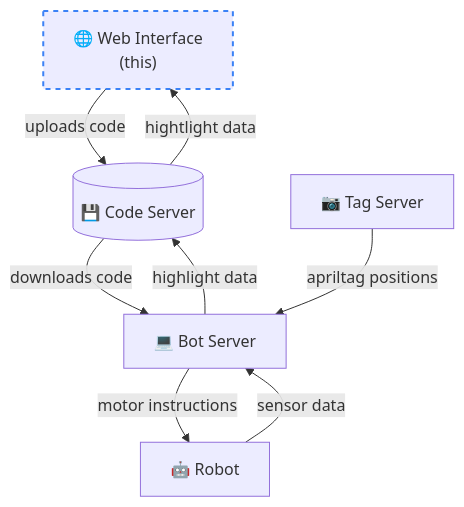
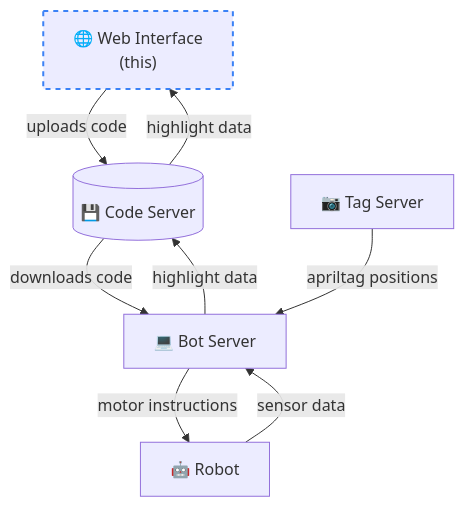
One commit to AutoSumo/web changed the diagram in README.md. Above: the diagram before and after it, drawn with Mermaid.

Commit message:
fix readme typo (hightlight -> highlight)

````diff
--- a/README.md
+++ b/README.md
@@ -10,17 +10,17 @@
 ```mermaid
 flowchart TD
     web["🌐 Web Interface\n(this)"] -->|uploads code| code-server[("💾 Code Server")]
-    code-server -->|hightlight data| web
+    code-server -->|highlight data| web
     code-server -->|downloads code| bot-server["💻 Bot Server"]
     bot-server -->|highlight data| code-server
     bot-server -->|motor instructions| robot["🤖 Robot"]
     robot -->|sensor data| bot-server
     tag-server["📷 Tag Server"] -->|apriltag positions| bot-server
     
     style web stroke-width:2px,stroke-dasharray: 5 5,stroke:#3b82f6
     
     click code-server "https://github.com/AutoSumo/code-server"
     click bot-server "https://github.com/AutoSumo/server"
     click robot "https://github.com/AutoSumo/robot"
     click tag-server "https://github.com/AutoSumo/tag-server"
 ```
````
